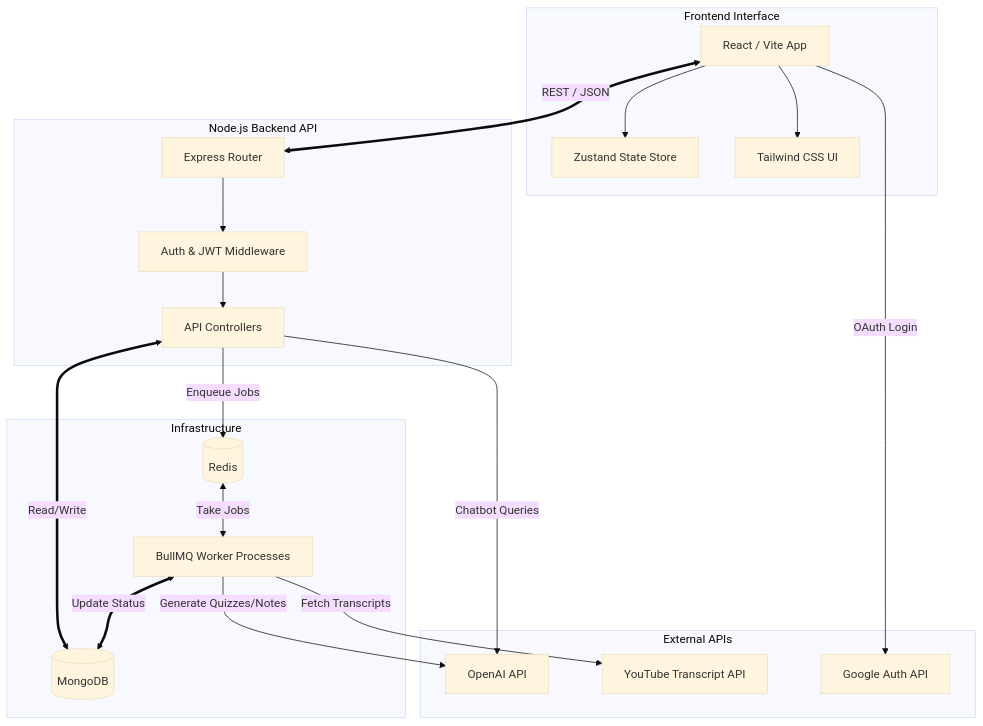
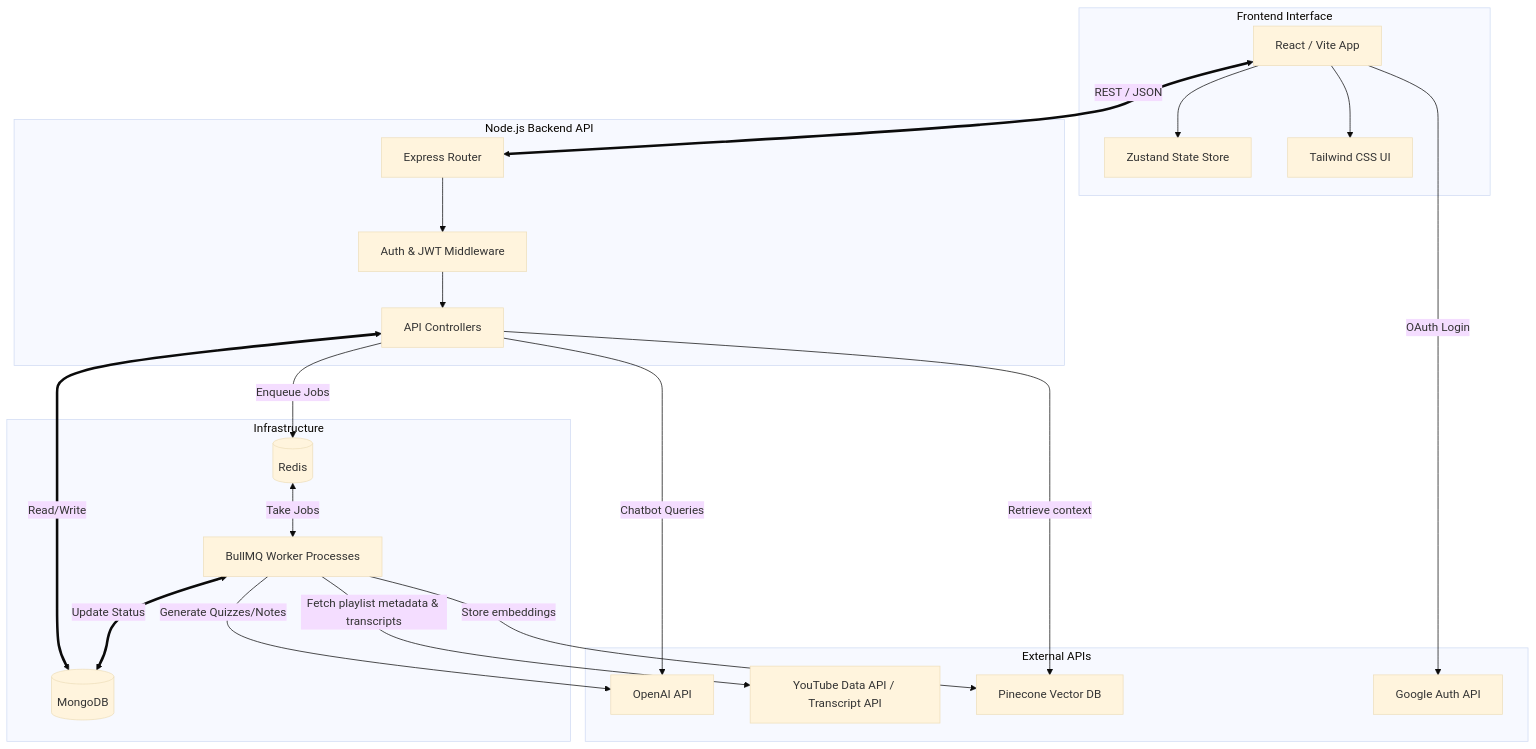
One commit to parthpatidar03/QuestXP changed the first of 2 diagrams in README.md. Above: the diagram before and after it, drawn with Mermaid (base theme). The commit also changed other lines of this file and 1 other file, not shown here.

Commit message:
fix: mark youtube data api importer

````diff
--- a/README.md
+++ b/README.md
@@ -40,44 +40,47 @@
 ```mermaid
 graph TD
     subgraph Frontend [Frontend Interface]
         React[React / Vite App]
         Zustand[Zustand State Store]
         Tailwind[Tailwind CSS UI]
         React --> Zustand
         React --> Tailwind
     end
 
     subgraph Backend [Node.js Backend API]
         Express[Express Router]
         Auth[Auth & JWT Middleware]
         Controllers[API Controllers]
         Express --> Auth
         Auth --> Controllers
     end
 
     subgraph Data & Queue Layer [Infrastructure]
         Mongo[(MongoDB)]
         Redis[(Redis)]
         BullMQ[BullMQ Worker Processes]
     end
 
     subgraph External APIs
         OpenAI[OpenAI API]
-        YouTube[YouTube Transcript API]
+        YouTube[YouTube Data API / Transcript API]
+        Pinecone[Pinecone Vector DB]
         GoogleAuth[Google Auth API]
     end
 
     %% Connections
     React <==> |REST / JSON| Express
     React --> |OAuth Login| GoogleAuth
     
     Controllers <==> |Read/Write| Mongo
     Controllers --> |Enqueue Jobs| Redis
     
     Redis <--> |Take Jobs| BullMQ
     BullMQ <==> |Update Status| Mongo
     
-    BullMQ --> |Fetch Transcripts| YouTube
+    BullMQ --> |Fetch playlist metadata & transcripts| YouTube
     BullMQ --> |Generate Quizzes/Notes| OpenAI
+    BullMQ --> |Store embeddings| Pinecone
     Controllers --> |Chatbot Queries| OpenAI
+    Controllers --> |Retrieve context| Pinecone
 ```
````
